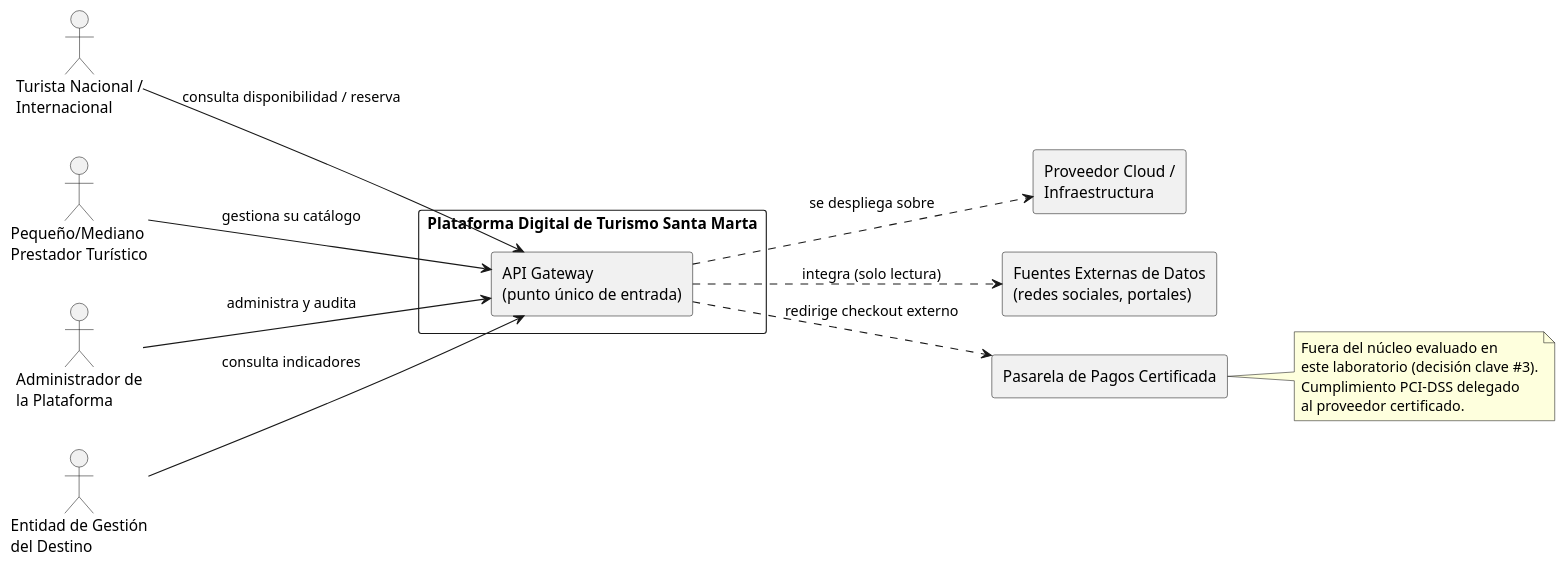
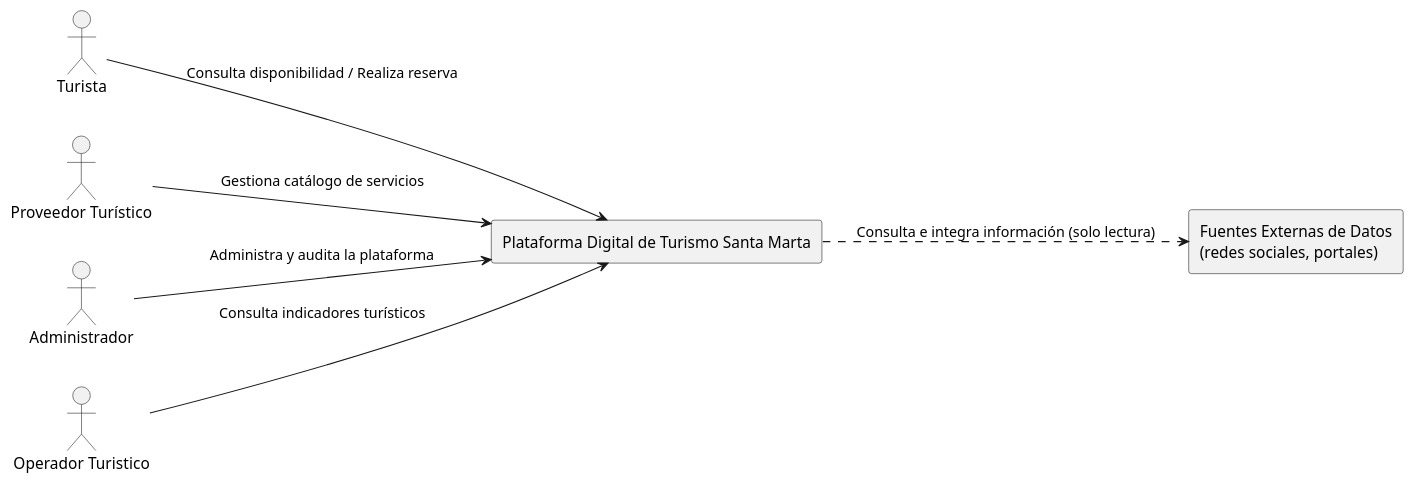
The first of 3 diagrams in deliverables/first-laborratory/theory-applied-to-project.md (Csehuanes-code/capstone-project-documentation), drawn with PlantUML before and after one commit. The commit also changed other lines of this file, not shown here.

First line of the commit message:
docs(architecture): align Laboratory 1 diagrams and taxonomy with tutor feedback

````diff
--- a/deliverables/first-laborratory/theory-applied-to-project.md
+++ b/deliverables/first-laborratory/theory-applied-to-project.md
@@ -96,36 +97,24 @@
 ```plantuml
 @startuml DCA_PlataformaTurismoSantaMarta
 left to right direction
 skinparam packageStyle rectangle
 skinparam componentStyle rectangle
 
-actor "Turista Nacional /\nInternacional" as Turista
-actor "Pequeño/Mediano\nPrestador Turístico" as Prestador
-actor "Administrador de\nla Plataforma" as Admin
-actor "Entidad de Gestión\ndel Destino" as Entidad
+actor "Turista" as Turista
+actor "Proveedor Turístico" as Prestador
+actor "Administrador" as Admin
+actor "Operador Turistico" as Entidad
 
-rectangle "Plataforma Digital de Turismo Santa Marta" {
-  [API Gateway\n(punto único de entrada)] as Gateway
-}
+rectangle "Plataforma Digital de Turismo Santa Marta" as Gateway
 
-component "Proveedor Cloud /\nInfraestructura" as Cloud
+
 component "Fuentes Externas de Datos\n(redes sociales, portales)" as Fuentes
-component "Pasarela de Pagos Certificada" as Pagos
 
-Turista --> Gateway : consulta disponibilidad / reserva
-Prestador --> Gateway : gestiona su catálogo
-Admin --> Gateway : administra y audita
-Entidad --> Gateway : consulta indicadores
+Turista --> Gateway : Consulta disponibilidad / Realiza reserva
+Prestador --> Gateway : Gestiona catálogo de servicios
+Admin --> Gateway : Administra y audita la plataforma
+Entidad --> Gateway : Consulta indicadores turísticos
 
-Gateway ..> Fuentes : integra (solo lectura)
-Gateway ..> Cloud : se despliega sobre
-Gateway ..> Pagos : redirige checkout externo
-
-note right of Pagos
-  Fuera del núcleo evaluado en
-  este laboratorio (decisión clave #3).
-  Cumplimiento PCI-DSS delegado
-  al proveedor certificado.
-end note
+Gateway ..> Fuentes : Consulta e integra información (solo lectura)
 @enduml
 ```
````
